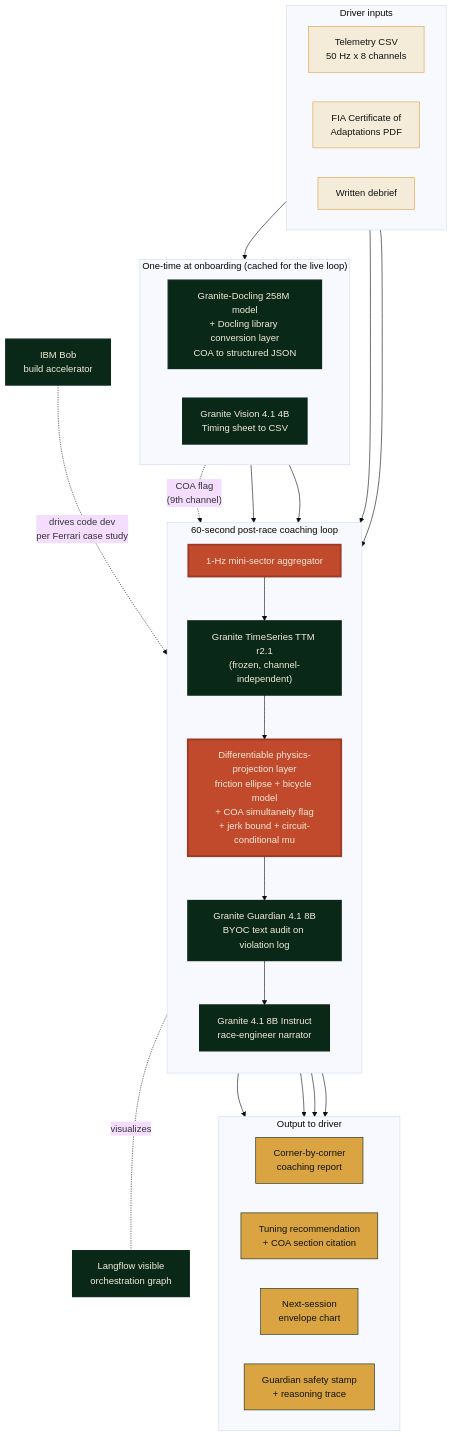
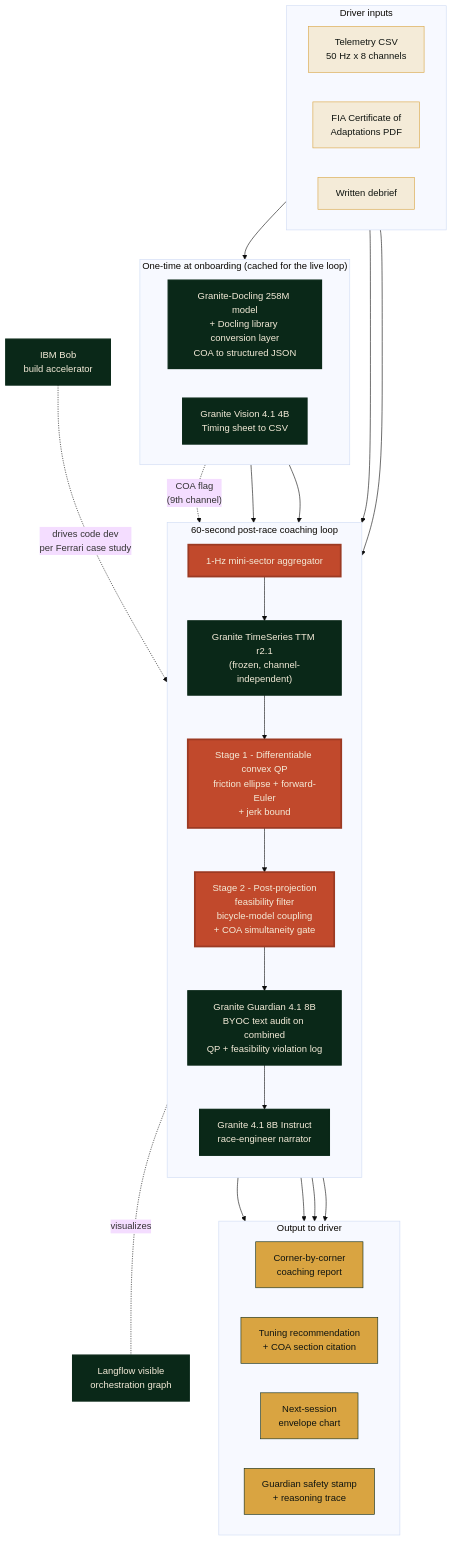
One commit to StephenSook/apex changed the diagram in docs/architecture-diagram.mmd. Above: the diagram before and after it, drawn with Mermaid (base theme). The commit also changed 6 other files, not shown here.

First line of the commit message:
docs(day-11): wave-25 Day-11 polish (M6 README + M12 competitor verification + Figure 1 embed + Table 1-3 skeletons)

```diff
--- a/docs/architecture-diagram.mmd
+++ b/docs/architecture-diagram.mmd
@@ -1,61 +1,63 @@
 flowchart TB
     subgraph In["Driver inputs"]
         direction LR
         TEL["Telemetry CSV<br/>50 Hz x 8 channels"]
         COA["FIA Certificate of<br/>Adaptations PDF"]
         DBR["Written debrief"]
     end
 
     subgraph OB["One-time at onboarding (cached for the live loop)"]
         direction LR
         DOCLING["Granite-Docling 258M model<br/>+ Docling library conversion layer<br/>COA to structured JSON"]
         VISION["Granite Vision 4.1 4B<br/>Timing sheet to CSV"]
     end
 
     subgraph LL["60-second post-race coaching loop"]
         direction TB
         AGG["1-Hz mini-sector aggregator"]
         TTM["Granite TimeSeries TTM r2.1<br/>(frozen, channel-independent)"]
-        PROJ["Differentiable physics-projection layer<br/>friction ellipse + bicycle model<br/>+ COA simultaneity flag<br/>+ jerk bound + circuit-conditional mu"]
-        GUARD["Granite Guardian 4.1 8B<br/>BYOC text audit on violation log"]
+        QP["Stage 1 - Differentiable convex QP<br/>friction ellipse + forward-Euler<br/>+ jerk bound"]
+        FEAS["Stage 2 - Post-projection<br/>feasibility filter<br/>bicycle-model coupling<br/>+ COA simultaneity gate"]
+        GUARD["Granite Guardian 4.1 8B<br/>BYOC text audit on combined<br/>QP + feasibility violation log"]
         INSTR["Granite 4.1 8B Instruct<br/>race-engineer narrator"]
     end
 
     subgraph Out["Output to driver"]
         direction LR
         REPORT["Corner-by-corner<br/>coaching report"]
         TUNE["Tuning recommendation<br/>+ COA section citation"]
         FCST["Next-session<br/>envelope chart"]
         STAMP["Guardian safety stamp<br/>+ reasoning trace"]
     end
 
     TEL --> AGG
     COA --> DOCLING
     DOCLING -. "COA flag<br/>(9th channel)" .-> AGG
     AGG --> TTM
-    TTM --> PROJ
-    PROJ --> GUARD
+    TTM --> QP
+    QP --> FEAS
+    FEAS --> GUARD
     DBR --> INSTR
     GUARD --> INSTR
     DOCLING --> INSTR
     VISION --> INSTR
     INSTR --> REPORT
     INSTR --> TUNE
-    PROJ --> FCST
+    FEAS --> FCST
     GUARD --> STAMP
 
     LF["Langflow visible<br/>orchestration graph"]
     LL -. visualizes .- LF
 
     BOB["IBM Bob<br/>build accelerator"]
     BOB -.->|drives code dev<br/>per Ferrari case study| LL
 
     classDef ibm fill:#0A2818,stroke:#0A2818,stroke-width:2px,color:#F4EBD8
     classDef physics fill:#C1492C,stroke:#9C3A23,stroke-width:3px,color:#F4EBD8
     classDef input fill:#F4EBD8,stroke:#D9A441,stroke-width:1px,color:#0F1410
     classDef output fill:#D9A441,stroke:#0A2818,color:#0F1410
 
     class TEL,COA,DBR input
     class REPORT,TUNE,FCST,STAMP output
     class DOCLING,VISION,TTM,GUARD,INSTR,LF,BOB ibm
-    class PROJ,AGG physics
+    class QP,FEAS,AGG physics
```
